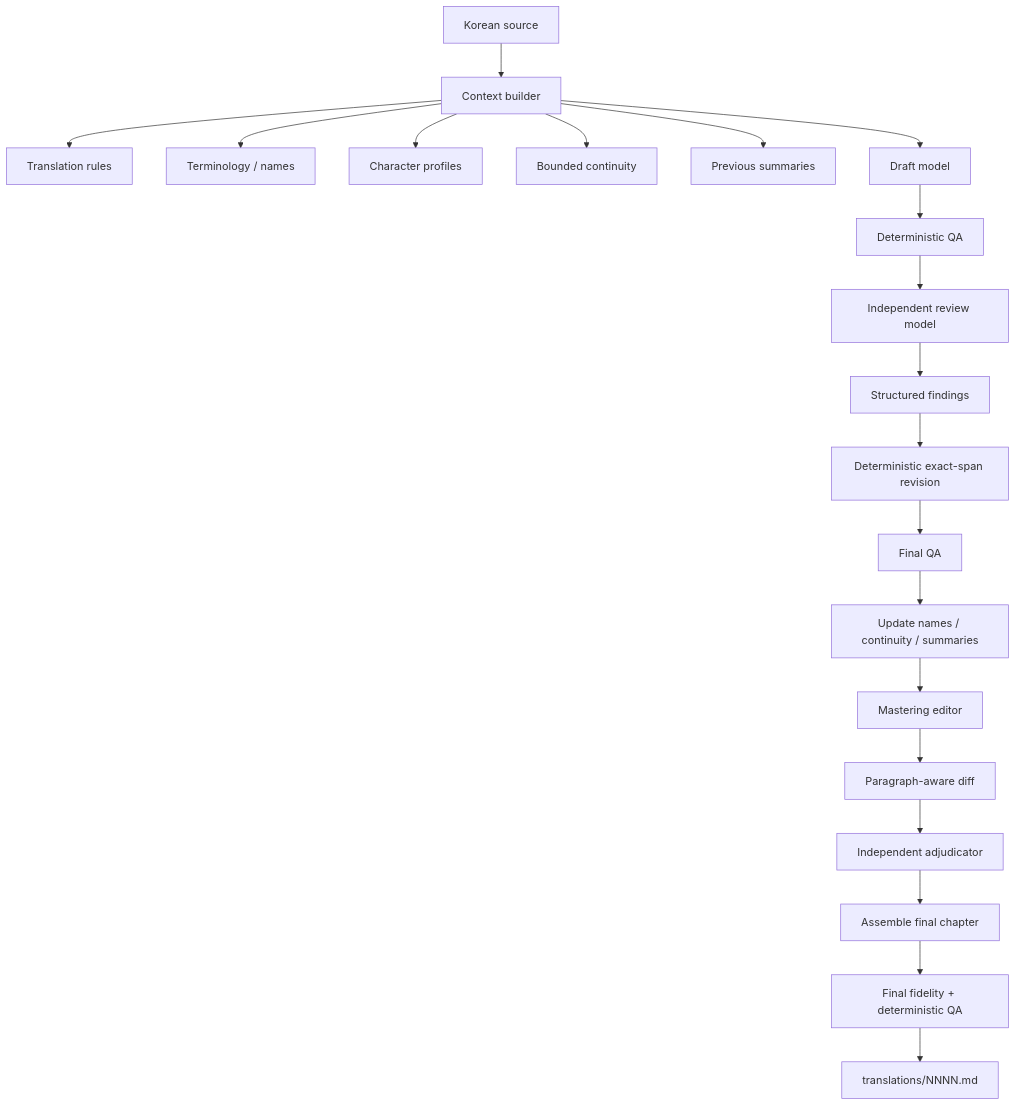
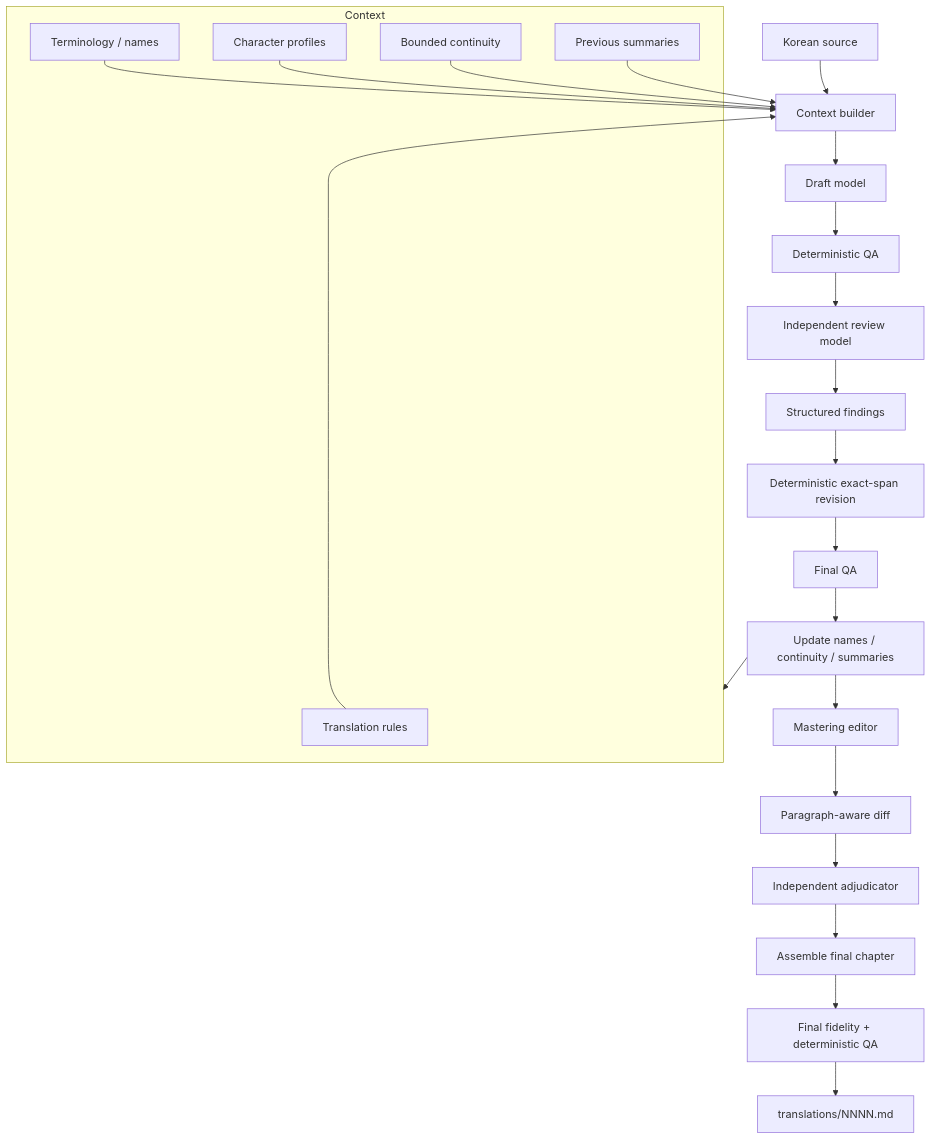
The first of 2 diagrams in README.md (jimzrt/murim-login), drawn with Mermaid before and after one commit. The commit also changed other lines of this file, not shown here.

Commit message:
Refactor translation workflow diagram in README.md to improve clarity and structure by organizing context elements into a subgraph.

````diff
--- a/README.md
+++ b/README.md
@@ -22,28 +20,33 @@
 ```mermaid
 flowchart TD
     A[Korean source] --> B[Context builder]
 
-    B --> B1[Translation rules]
-    B --> B2[Terminology / names]
-    B --> B3[Character profiles]
-    B --> B4[Bounded continuity]
-    B --> B5[Previous summaries]
+    subgraph Ctx[Context]
+        C1[Translation rules]
+        C2[Terminology / names]
+        C3[Character profiles]
+        C4[Bounded continuity]
+        C5[Previous summaries]
+    end
 
-    B --> C[Draft model]
-    C --> D[Deterministic QA]
+    C1 --> B
+    C2 --> B
+    C3 --> B
+    C4 --> B
+    C5 --> B
 
-    D --> E[Independent review model]
-    E --> F[Structured findings]
-    F --> G[Deterministic exact-span revision]
-    G --> H[Final QA]
-
-    H --> I[Update names / continuity / summaries]
-    I --> J[Mastering editor]
-
-    J --> K[Paragraph-aware diff]
-    K --> L[Independent adjudicator]
-    L --> M[Assemble final chapter]
-    M --> N[Final fidelity + deterministic QA]
-
-    N --> O["translations/NNNN.md"]
+    B --> D[Draft model]
+    D --> E[Deterministic QA]
+    E --> F[Independent review model]
+    F --> G[Structured findings]
+    G --> H[Deterministic exact-span revision]
+    H --> I[Final QA]
+    I --> J[Update names / continuity / summaries]
+    J --> Ctx
+    J --> K[Mastering editor]
+    K --> L[Paragraph-aware diff]
+    L --> M[Independent adjudicator]
+    M --> N[Assemble final chapter]
+    N --> O[Final fidelity + deterministic QA]
+    O --> P["translations/NNNN.md"]
 ```
````
